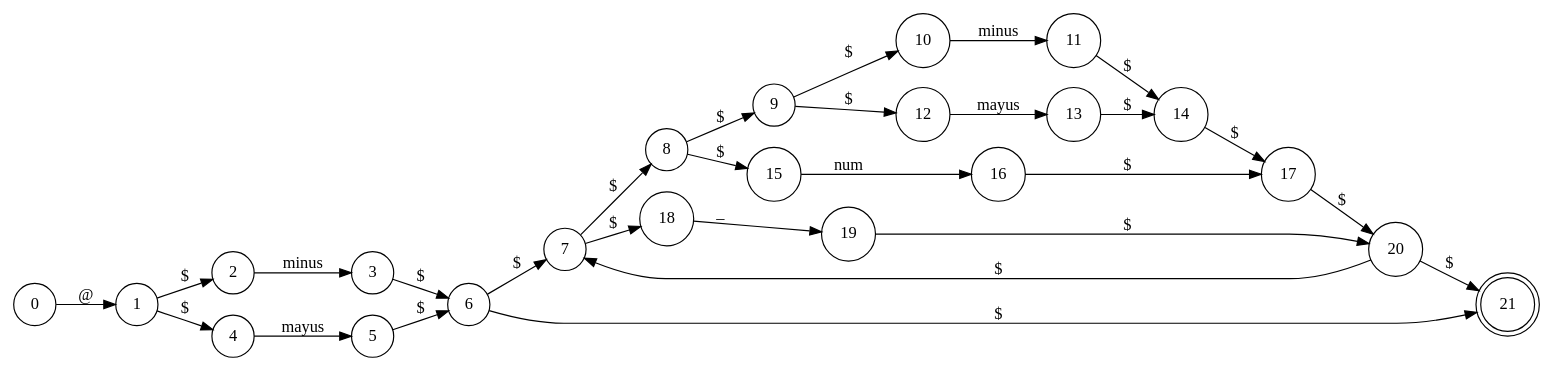
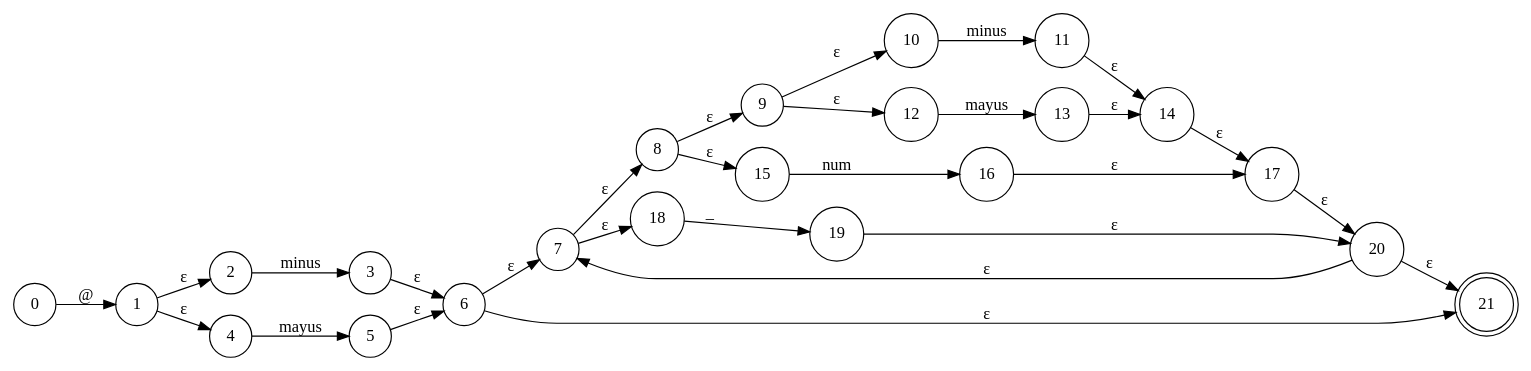
One commit to SolisMario/OLC1_Proyecto1_201900629 changed the diagram in OLC1_Proyecto1_201900629/DOT/igusernameAFN.dot. Above: the diagram before and after it, drawn with Graphviz. The commit also changed 132 other files, not shown here.

```diff
--- a/OLC1_Proyecto1_201900629/DOT/igusernameAFN.dot
+++ b/OLC1_Proyecto1_201900629/DOT/igusernameAFN.dot
@@ -1,32 +1,32 @@
 digraph afd {
 rankdir=LR;
 node [shape=circle];
 "0"->"1"[label="@"]
-"1"->"2"[label="$"]
-"1"->"4"[label="$"]
+"1"->"2"[label="ε"]
+"1"->"4"[label="ε"]
 "2"->"3"[label="minus"]
-"3"->"6"[label="$"]
+"3"->"6"[label="ε"]
 "4"->"5"[label="mayus"]
-"5"->"6"[label="$"]
-"6"->"7"[label="$"]
-"6"->"21"[label="$"]
-"20"->"7"[label="$"]
-"7"->"8"[label="$"]
-"7"->"18"[label="$"]
-"8"->"9"[label="$"]
-"8"->"15"[label="$"]
-"9"->"10"[label="$"]
-"9"->"12"[label="$"]
+"5"->"6"[label="ε"]
+"6"->"7"[label="ε"]
+"6"->"21"[label="ε"]
+"20"->"7"[label="ε"]
+"7"->"8"[label="ε"]
+"7"->"18"[label="ε"]
+"8"->"9"[label="ε"]
+"8"->"15"[label="ε"]
+"9"->"10"[label="ε"]
+"9"->"12"[label="ε"]
 "10"->"11"[label="minus"]
-"11"->"14"[label="$"]
+"11"->"14"[label="ε"]
 "12"->"13"[label="mayus"]
-"13"->"14"[label="$"]
-"14"->"17"[label="$"]
+"13"->"14"[label="ε"]
+"14"->"17"[label="ε"]
 "15"->"16"[label="num"]
-"16"->"17"[label="$"]
-"17"->"20"[label="$"]
+"16"->"17"[label="ε"]
+"17"->"20"[label="ε"]
 "18"->"19"[label="_"]
-"19"->"20"[label="$"]
-"20"->"21"[label="$"]
+"19"->"20"[label="ε"]
+"20"->"21"[label="ε"]
 21[shape=doublecircle,label=21]
 }
```
